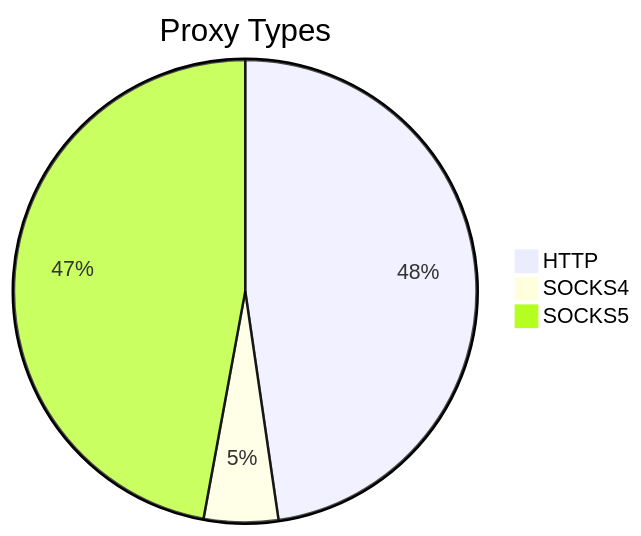
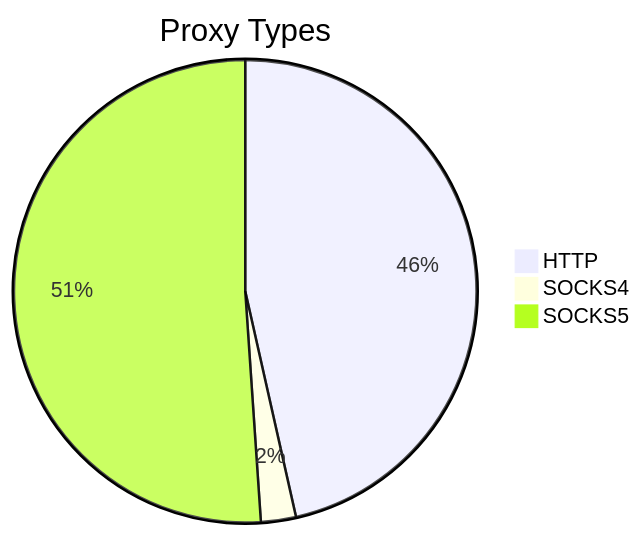
The first of 2 diagrams in README.md (stormsia/proxy-list), drawn with Mermaid before and after one commit. The commit also changed other lines of this file, not shown here.

````diff
--- a/README.md
+++ b/README.md
@@ -21,6 +21,6 @@
 ```mermaid
 pie title Proxy Types
-    "HTTP" : 1139
-    "SOCKS4" : 124
-    "SOCKS5" : 1125
+    "HTTP" : 1141
+    "SOCKS4" : 60
+    "SOCKS5" : 1254
 ```
````
